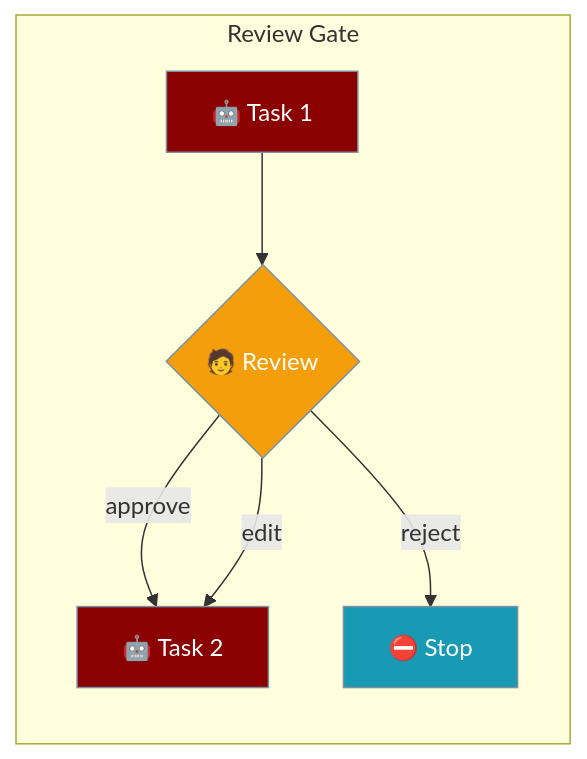
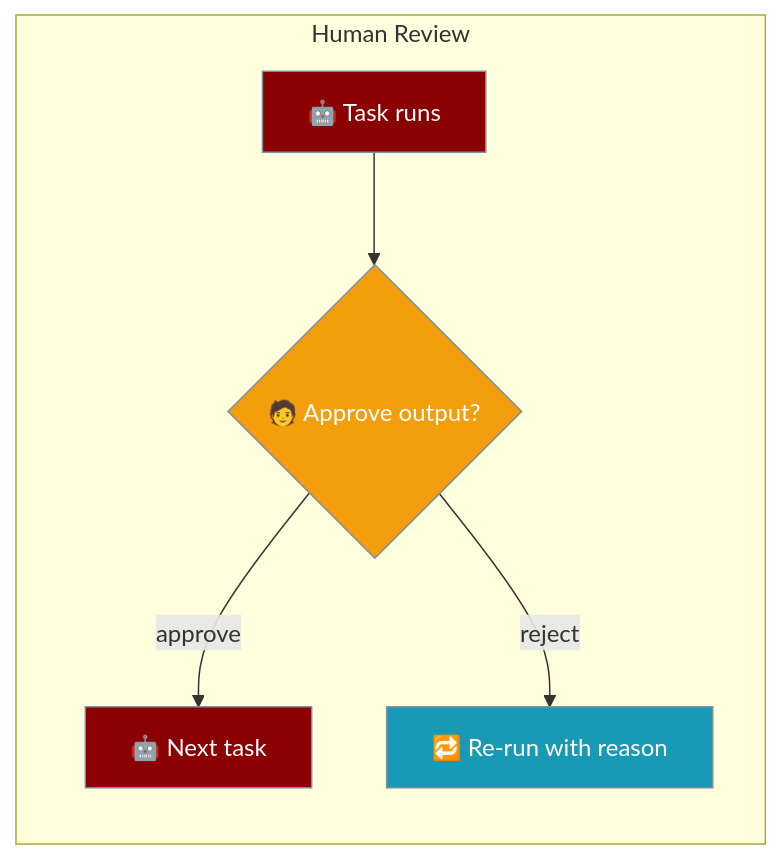
Before and after one commit to MervinPraison/PraisonAIDocs: the first of 3 diagrams in docs/features/human-in-the-loop-review.mdx, drawn with Mermaid. The commit also changed other lines of this file and 1 other file, not shown here.

First line of the commit message:
docs: document Task(human_input=True) and human_review_prompt (fixes #4174)

````diff
--- a/docs/features/human-in-the-loop-review.mdx
+++ b/docs/features/human-in-the-loop-review.mdx
@@ -10,17 +10,16 @@
 ```mermaid
 graph LR
-    subgraph "Review Gate"
-        T1[🤖 Task 1] --> GATE{🧑 Review}
-        GATE -->|approve| T2[🤖 Task 2]
-        GATE -->|edit| T2
-        GATE -->|reject| STOP[⛔ Stop]
+    subgraph "Human Review"
+        T1[🤖 Task runs] --> R{🧑 Approve output?}
+        R -->|approve| T2[🤖 Next task]
+        R -->|reject| RETRY[🔁 Re-run with reason]
     end
 
     classDef agent fill:#8B0000,stroke:#7C90A0,color:#fff
     classDef gate fill:#F59E0B,stroke:#7C90A0,color:#fff
-    classDef stop fill:#189AB4,stroke:#7C90A0,color:#fff
+    classDef retry fill:#189AB4,stroke:#7C90A0,color:#fff
 
     class T1,T2 agent
-    class GATE gate
-    class STOP stop
+    class R gate
+    class RETRY retry
 ```
````
